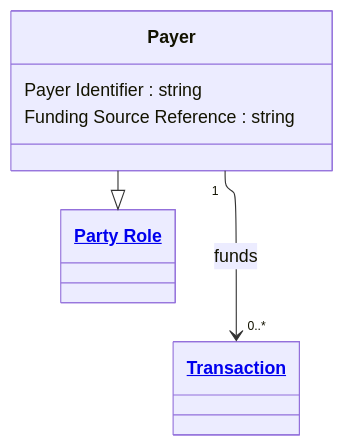
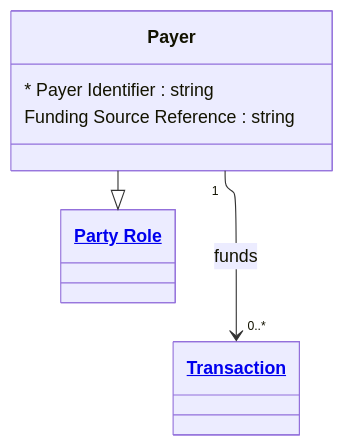
One commit to Semprini/md-ddl changed the diagram in examples/Financial Crime/entities/payer.md. Above: the diagram before and after it, drawn with Mermaid. The commit also changed 60 other files, not shown here.

````diff
--- a/examples/Financial Crime/entities/payer.md
+++ b/examples/Financial Crime/entities/payer.md
@@ -9,17 +9,17 @@
 ```mermaid
 ---
 config:
   layout: elk
 ---
 classDiagram
   class Payer{
-    Payer Identifier : string
+    * Payer Identifier : string
     Funding Source Reference : string
   }
 
   Payer --|> PartyRole
   Payer "1" --> "0..*" Transaction : funds
 
   class PartyRole["<a href='party_role.md'>Party Role</a>"]
   class Transaction["<a href='transaction.md'>Transaction</a>"]
 ```
````
